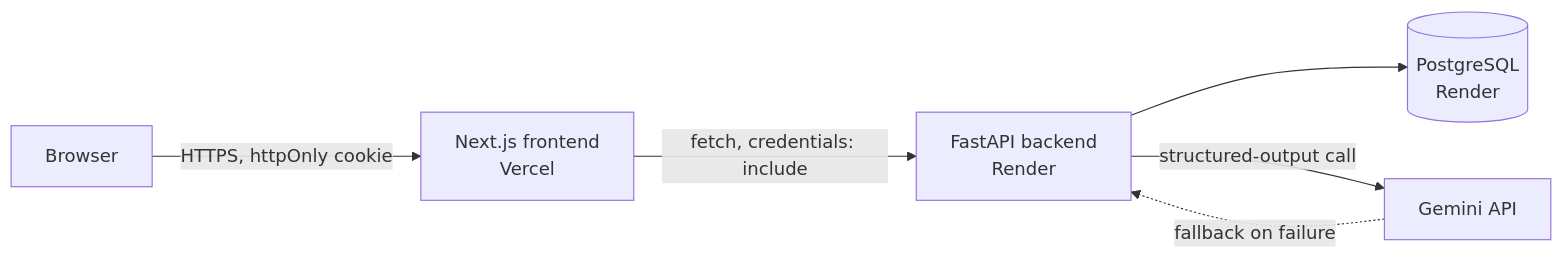
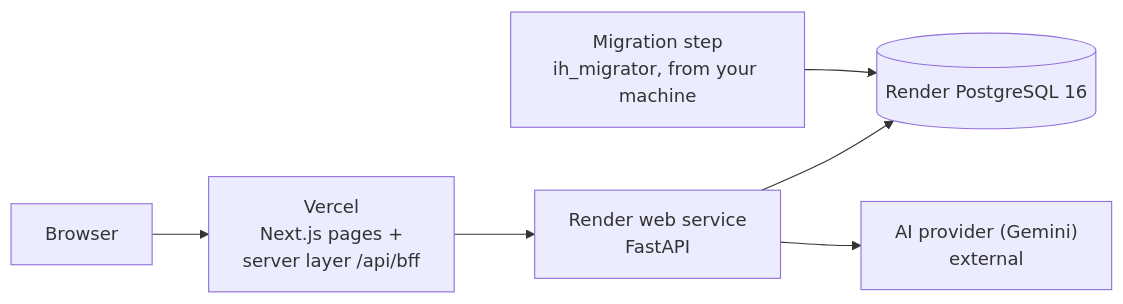
One commit to Aime-Serge/innovation-hacks-task4-platform changed the diagram in README.md. Above: the diagram before and after it, drawn with Mermaid. The commit also changed other lines of this file and 21 other files, not shown here.

````diff
--- a/README.md
+++ b/README.md
@@ -116,8 +9,8 @@
 ```mermaid
 flowchart LR
-    Browser -->|HTTPS, httpOnly cookie| Frontend[Next.js frontend<br/>Vercel]
-    Frontend -->|fetch, credentials: include| API[FastAPI backend<br/>Render]
-    API --> DB[(PostgreSQL<br/>Render)]
-    API -->|structured-output call| AI[Gemini API]
-    AI -.fallback on failure.-> API
+  B["Browser"] --> V["Vercel<br/>Next.js pages +<br/>server layer /api/bff"]
+  V --> A["Render web service<br/>FastAPI"]
+  A --> D[("Render PostgreSQL 16")]
+  A --> L["AI provider (Gemini)<br/>external"]
+  M["Migration step<br/>ih_migrator, from your machine"] --> D
 ```
````
